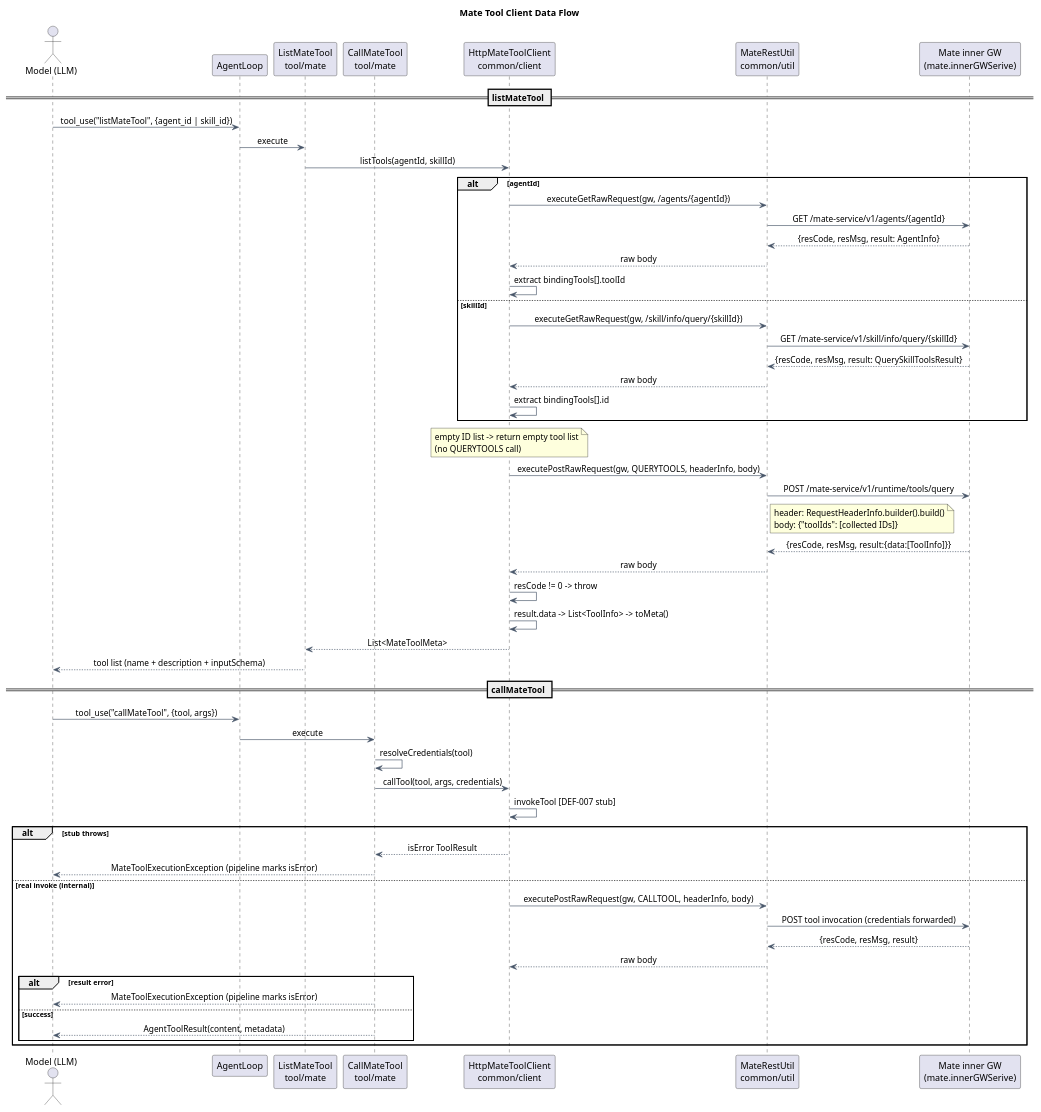
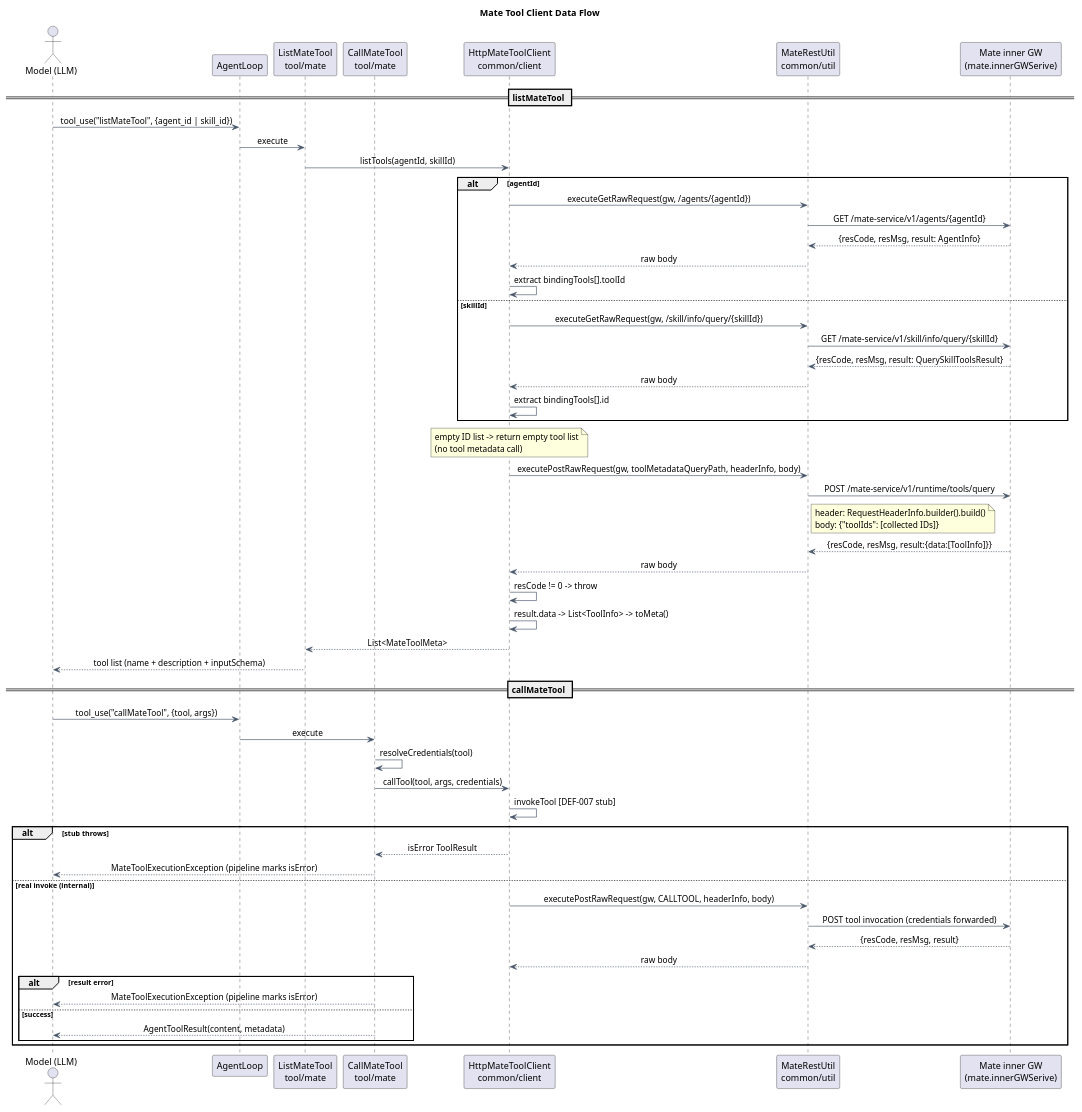
Before and after one commit to 2862282695gjh-afk/pi-mono-java: the second of 2 diagrams in docs/designs/mate-tool-client/diagram.puml, drawn with PlantUML. The commit also changed other lines of this file and 32 other files, not shown here.

```diff
--- a/docs/designs/mate-tool-client/diagram.puml
+++ b/docs/designs/mate-tool-client/diagram.puml
@@ -118,90 +123,92 @@
 @startuml mate_tool_client_dataflow
 ' Source evidence:
 ' - modules/coding-agent-cli/src/main/java/com/campusclaw/codingagent/tool/mate/CallMateTool.java:
 '   execute (credential hook, error propagation)
 ' - modules/coding-agent-cli/src/main/java/com/campusclaw/codingagent/tool/mate/ListMateTool.java:
 '   execute (agent/skill passthrough, response formatting)
 ' - modules/coding-agent-cli/src/main/java/com/campusclaw/codingagent/common/client/HttpMateToolClient.java:
 '   listTools (two-step: agent/skill metadata GET -> binding tool IDs,
-'   then QUERYTOOLS POST), callTool (stub invoke)
+'   then tool metadata POST), callTool (stub invoke)
 ' - modules/coding-agent-cli/src/main/java/com/campusclaw/codingagent/common/util/MateRestUtil.java:
 '   executePostRawRequest, resCode/resMsg/result envelope
-' Source baseline: superheromeZzh/pi-mono-java PR #144 head (branch refactor/mate-tool-properties-lombok)
+' Source baseline: superheromeZzh/pi-mono-java commit 1e9d4ee2e14717764f8403c20375c55512cbd97b
 ' Observed behavior: listMateTool resolves bound tool IDs from agent/skill
-' metadata (GET), then POSTs QUERYTOOLS credential-free with those IDs;
+' metadata (GET), then POSTs the tool metadata endpoint credential-free;
 ' callMateTool forwards the call with
 ' resolveCredentials() output; errors become exceptions so the pipeline marks
 ' isError=true.
+' Architecture change: all three outbound paths are injected from application
+' configuration rather than hidden in static Java constants.
 ' Design reason: stateless tools with per-call credential resolution avoid
 ' cross-session leakage on the process-wide singleton client.
 
 skinparam backgroundColor white
 skinparam shadowing false
 skinparam ArrowColor #475569
 skinparam SequenceMessageAlignment center
 
 title Mate Tool Client Data Flow
 
 actor "Model (LLM)" as llm
 participant "AgentLoop" as loop
 participant "ListMateTool\ntool/mate" as listTool
 participant "CallMateTool\ntool/mate" as callTool
 participant "HttpMateToolClient\ncommon/client" as http
 participant "MateRestUtil\ncommon/util" as rest
 participant "Mate inner GW\n(mate.innerGWSerive)" as gw
 
 == listMateTool ==
 llm -> loop: tool_use("listMateTool", {agent_id | skill_id})
 loop -> listTool: execute
 listTool -> http: listTools(agentId, skillId)
 alt agentId
   http -> rest: executeGetRawRequest(gw, /agents/{agentId})
   rest -> gw: GET /mate-service/v1/agents/{agentId}
   gw --> rest: {resCode, resMsg, result: AgentInfo}
   rest --> http: raw body
   http -> http: extract bindingTools[].toolId
 else skillId
   http -> rest: executeGetRawRequest(gw, /skill/info/query/{skillId})
   rest -> gw: GET /mate-service/v1/skill/info/query/{skillId}
   gw --> rest: {resCode, resMsg, result: QuerySkillToolsResult}
   rest --> http: raw body
   http -> http: extract bindingTools[].id
 end
 note over http
   empty ID list -> return empty tool list
-  (no QUERYTOOLS call)
+  (no tool metadata call)
 end note
-http -> rest: executePostRawRequest(gw, QUERYTOOLS, headerInfo, body)
+http -> rest: executePostRawRequest(gw, toolMetadataQueryPath, headerInfo, body)
 rest -> gw: POST /mate-service/v1/runtime/tools/query
 note right of rest
   header: RequestHeaderInfo.builder().build()
   body: {"toolIds": [collected IDs]}
 end note
 gw --> rest: {resCode, resMsg, result:{data:[ToolInfo]}}
 rest --> http: raw body
 http -> http: resCode != 0 -> throw
 http -> http: result.data -> List<ToolInfo> -> toMeta()
 http --> listTool: List<MateToolMeta>
 listTool --> llm: tool list (name + description + inputSchema)
 
 == callMateTool ==
 llm -> loop: tool_use("callMateTool", {tool, args})
 loop -> callTool: execute
 callTool -> callTool: resolveCredentials(tool)
 callTool -> http: callTool(tool, args, credentials)
 http -> http: invokeTool [DEF-007 stub]
 alt stub throws
   http --> callTool: isError ToolResult
   callTool --> llm: MateToolExecutionException (pipeline marks isError)
 else real invoke (internal)
   http -> rest: executePostRawRequest(gw, CALLTOOL, headerInfo, body)
   rest -> gw: POST tool invocation (credentials forwarded)
   gw --> rest: {resCode, resMsg, result}
   rest --> http: raw body
   alt result error
     callTool --> llm: MateToolExecutionException (pipeline marks isError)
   else success
     callTool --> llm: AgentToolResult(content, metadata)
   end
 end
 @enduml
```
